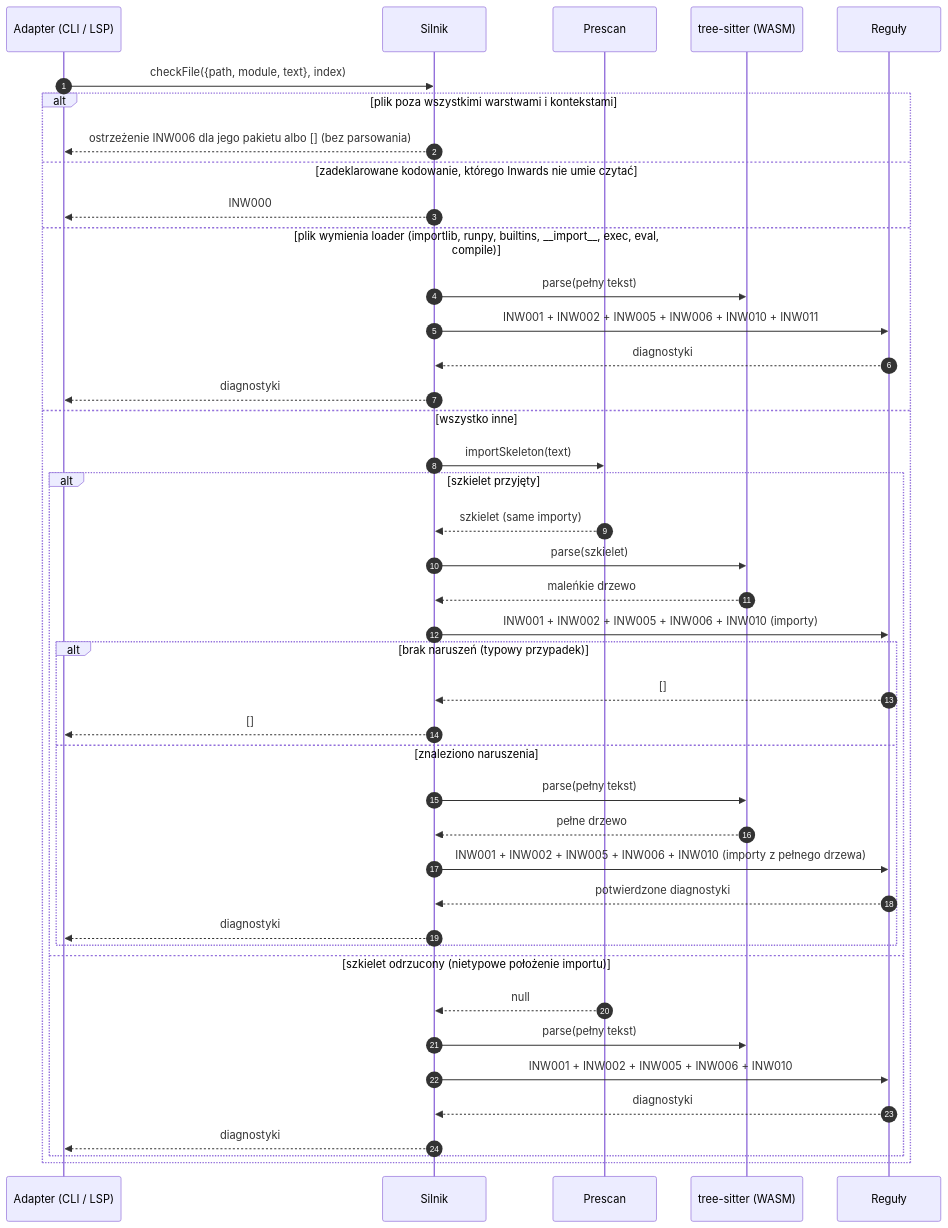
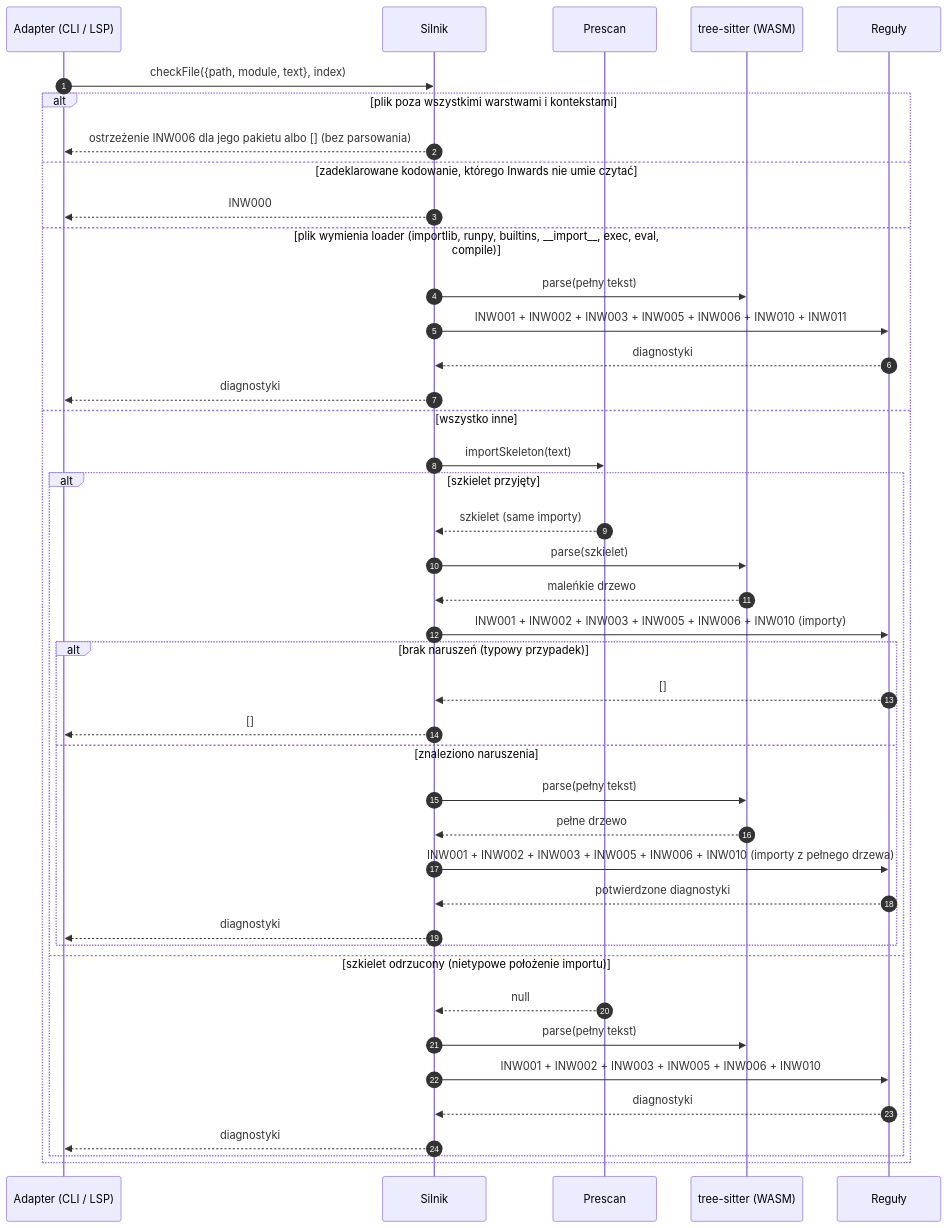
One commit to SirCypkowskyy/inwards changed the fourth of 6 diagrams in docs/pl/03-Architecture-C4.md. Above: the diagram before and after it, drawn with Mermaid. The commit also changed other lines of this file and 27 other files, not shown here.

````diff
--- a/docs/pl/03-Architecture-C4.md
+++ b/docs/pl/03-Architecture-C4.md
@@ -152,45 +152,45 @@
 ```mermaid
 sequenceDiagram
     autonumber
     participant A as Adapter (CLI / LSP)
     participant E as Silnik
     participant P as Prescan
     participant T as tree-sitter (WASM)
     participant R as Reguły
 
     A->>E: checkFile({path, module, text}, index)
     alt plik poza wszystkimi warstwami i kontekstami
         E-->>A: ostrzeżenie INW006 dla jego pakietu albo [] (bez parsowania)
     else zadeklarowane kodowanie, którego Inwards nie umie czytać
         E-->>A: INW000
     else plik wymienia loader (importlib, runpy, builtins, __import__, exec, eval, compile)
         E->>T: parse(pełny tekst)
-        E->>R: INW001 + INW002 + INW005 + INW006 + INW010 + INW011
+        E->>R: INW001 + INW002 + INW003 + INW005 + INW006 + INW010 + INW011
         R-->>E: diagnostyki
         E-->>A: diagnostyki
     else wszystko inne
         E->>P: importSkeleton(text)
         alt szkielet przyjęty
             P-->>E: szkielet (same importy)
             E->>T: parse(szkielet)
             T-->>E: maleńkie drzewo
-            E->>R: INW001 + INW002 + INW005 + INW006 + INW010 (importy)
+            E->>R: INW001 + INW002 + INW003 + INW005 + INW006 + INW010 (importy)
             alt brak naruszeń (typowy przypadek)
                 R-->>E: []
                 E-->>A: []
             else znaleziono naruszenia
                 E->>T: parse(pełny tekst)
                 T-->>E: pełne drzewo
-                E->>R: INW001 + INW002 + INW005 + INW006 + INW010 (importy z pełnego drzewa)
+                E->>R: INW001 + INW002 + INW003 + INW005 + INW006 + INW010 (importy z pełnego drzewa)
                 R-->>E: potwierdzone diagnostyki
                 E-->>A: diagnostyki
             end
         else szkielet odrzucony (nietypowe położenie importu)
             P-->>E: null
             E->>T: parse(pełny tekst)
-            E->>R: INW001 + INW002 + INW005 + INW006 + INW010
+            E->>R: INW001 + INW002 + INW003 + INW005 + INW006 + INW010
             R-->>E: diagnostyki
             E-->>A: diagnostyki
         end
     end
 ```
````
